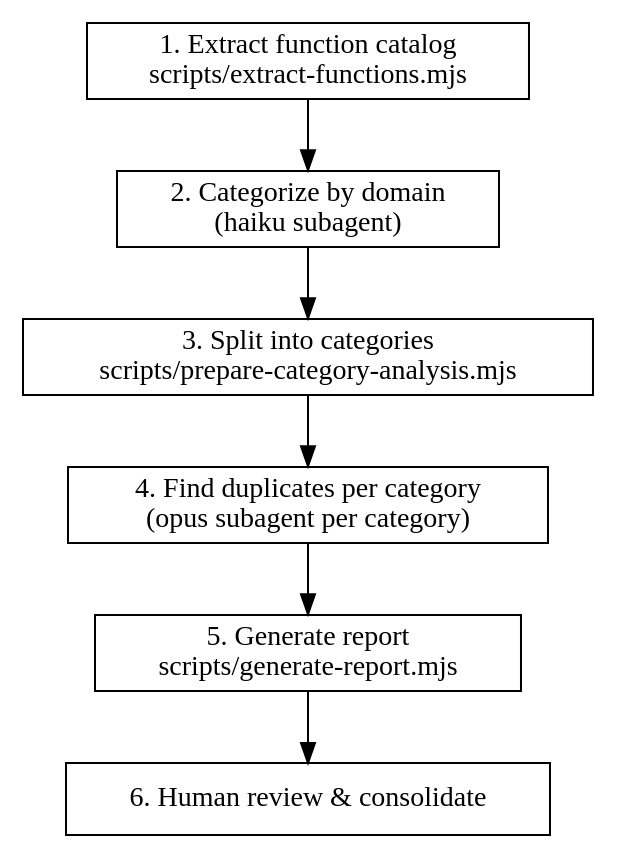
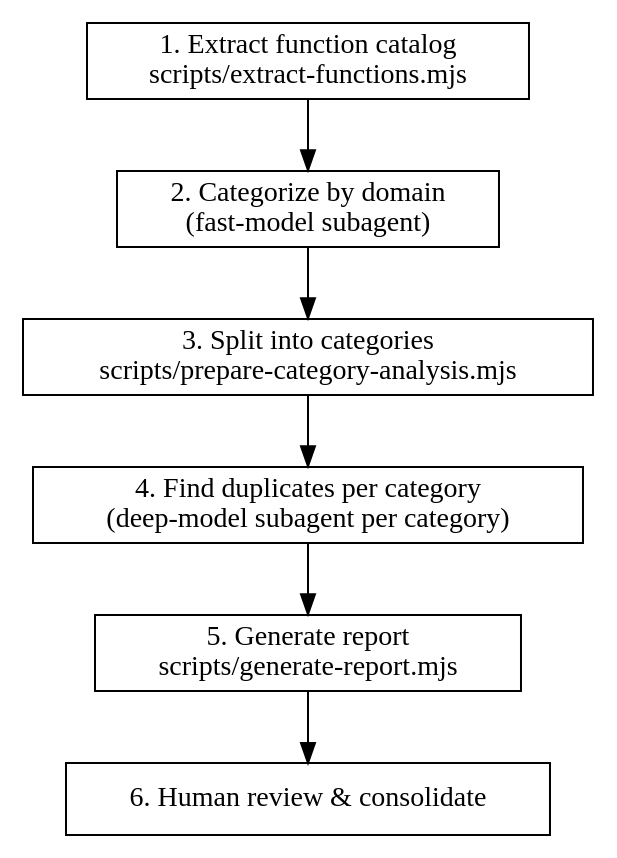
The diagram in plugins/moe/.cursor-plugin/skills/finding-duplicate-functions/SKILL.md (zak-keown/moe), drawn with Graphviz before and after one commit. The commit also changed other lines of this file and 752 other files, not shown here.

````diff
--- a/plugins/moe/.cursor-plugin/skills/finding-duplicate-functions/SKILL.md
+++ b/plugins/moe/.cursor-plugin/skills/finding-duplicate-functions/SKILL.md
@@ -33,15 +33,15 @@
 ```dot
 digraph duplicate_detection {
   rankdir=TB;
   node [shape=box];
 
   extract [label="1. Extract function catalog\nscripts/extract-functions.mjs"];
-  categorize [label="2. Categorize by domain\n(haiku subagent)"];
+  categorize [label="2. Categorize by domain\n(fast-model subagent)"];
   split [label="3. Split into categories\nscripts/prepare-category-analysis.mjs"];
-  detect [label="4. Find duplicates per category\n(opus subagent per category)"];
+  detect [label="4. Find duplicates per category\n(deep-model subagent per category)"];
   report [label="5. Generate report\nscripts/generate-report.mjs"];
   review [label="6. Human review & consolidate"];
 
   extract -> categorize -> split -> detect -> report -> review;
 }
 ```
````
